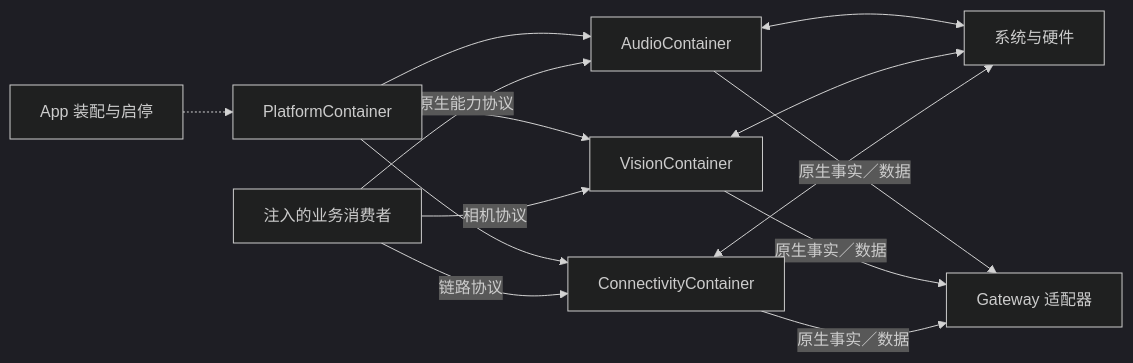
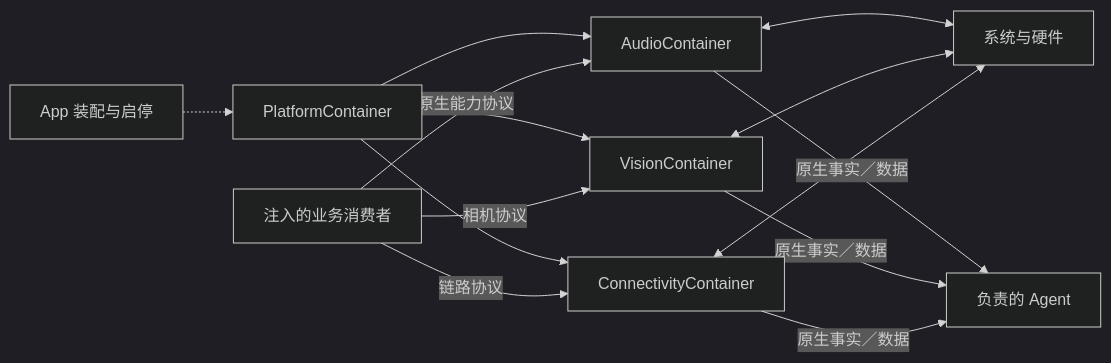
The diagram in MobileHarness/PlatformKit/README.md (devilyouwei/MobileHarness), drawn with Mermaid (dark theme) before and after one commit. The commit also changed other lines of this file and 483 other files, not shown here.

````diff
--- a/MobileHarness/PlatformKit/README.md
+++ b/MobileHarness/PlatformKit/README.md
@@ -15,16 +15,16 @@
 ```mermaid
 flowchart LR
  App["App 装配与启停"] -.-> Root["PlatformContainer"]
  Root --> Audio["AudioContainer"]
  Root --> Vision["VisionContainer"]
  Root --> Connectivity["ConnectivityContainer"]
  Consumer["注入的业务消费者"] -->|"原生能力协议"| Audio
  Consumer -->|"相机协议"| Vision
  Consumer -->|"链路协议"| Connectivity
  Audio <--> Hardware["系统与硬件"]
  Vision <--> Hardware
  Connectivity <--> Hardware
- Audio -->|"原生事实／数据"| Gateway["Gateway 适配器"]
- Vision -->|"原生事实／数据"| Gateway
- Connectivity -->|"原生事实／数据"| Gateway
+ Audio -->|"原生事实／数据"| Agents["负责的 Agent"]
+ Vision -->|"原生事实／数据"| Agents
+ Connectivity -->|"原生事实／数据"| Agents
 ```
````
